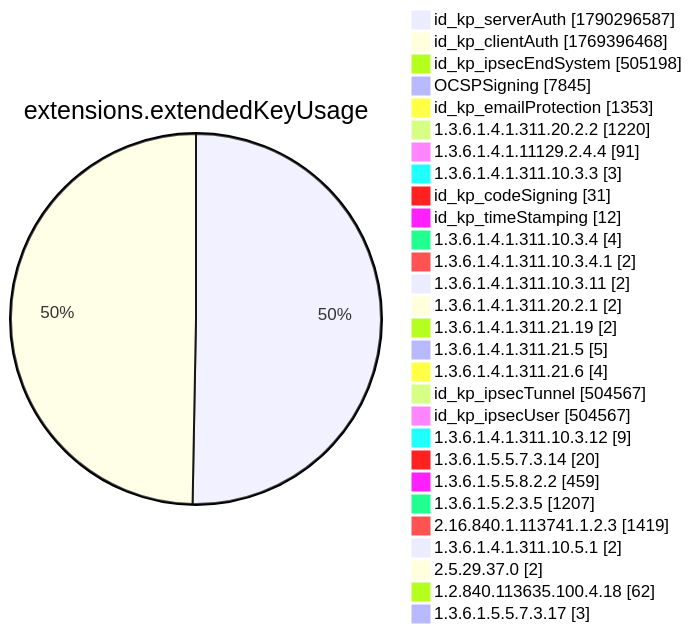
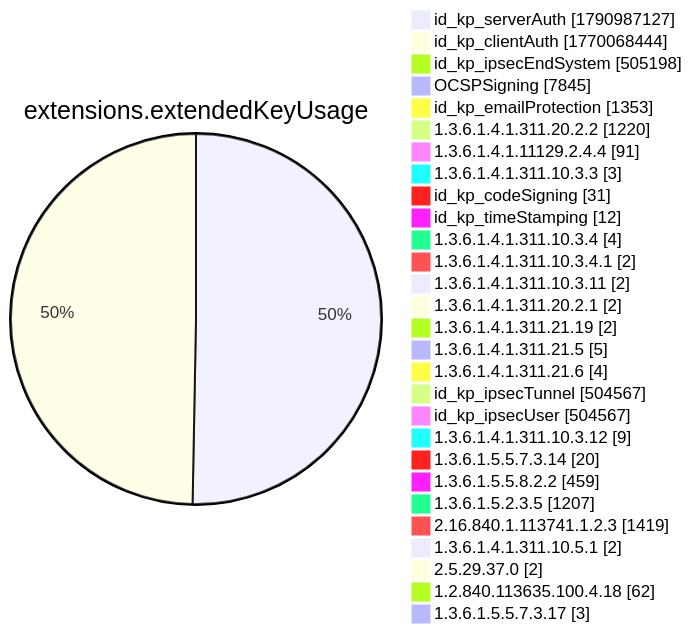
Diagram 12 of 15 in xenon2022/README.md (christiankrug/ctmonitor_visualization), drawn with Mermaid before and after one commit. The commit also changed other lines of this file, not shown here.

````diff
--- a/xenon2022/README.md
+++ b/xenon2022/README.md
@@ -3895,32 +3895,32 @@
 ```mermaid
 pie showData
 title extensions.extendedKeyUsage
-"id_kp_serverAuth" :1790296587
-"id_kp_clientAuth" :1769396468
+"id_kp_serverAuth" :1790987127
+"id_kp_clientAuth" :1770068444
 "id_kp_ipsecEndSystem" :505198
 "OCSPSigning" :7845
 "id_kp_emailProtection" :1353
 "1.3.6.1.4.1.311.20.2.2" :1220
 "1.3.6.1.4.1.11129.2.4.4" :91
 "1.3.6.1.4.1.311.10.3.3" :3
 "id_kp_codeSigning" :31
 "id_kp_timeStamping" :12
 "1.3.6.1.4.1.311.10.3.4" :4
 "1.3.6.1.4.1.311.10.3.4.1" :2
 "1.3.6.1.4.1.311.10.3.11" :2
 "1.3.6.1.4.1.311.20.2.1" :2
 "1.3.6.1.4.1.311.21.19" :2
 "1.3.6.1.4.1.311.21.5" :5
 "1.3.6.1.4.1.311.21.6" :4
 "id_kp_ipsecTunnel" :504567
 "id_kp_ipsecUser" :504567
 "1.3.6.1.4.1.311.10.3.12" :9
 "1.3.6.1.5.5.7.3.14" :20
 "1.3.6.1.5.5.8.2.2" :459
 "1.3.6.1.5.2.3.5" :1207
 "2.16.840.1.113741.1.2.3" :1419
 "1.3.6.1.4.1.311.10.5.1" :2
 "2.5.29.37.0" :2
 "1.2.840.113635.100.4.18" :62
 "1.3.6.1.5.5.7.3.17" :3
 ```
````
